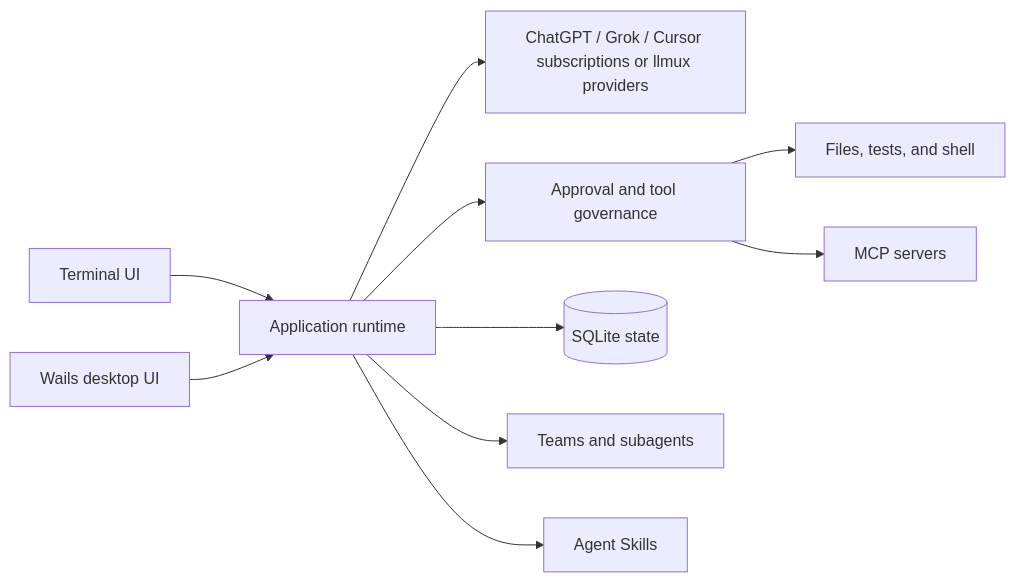
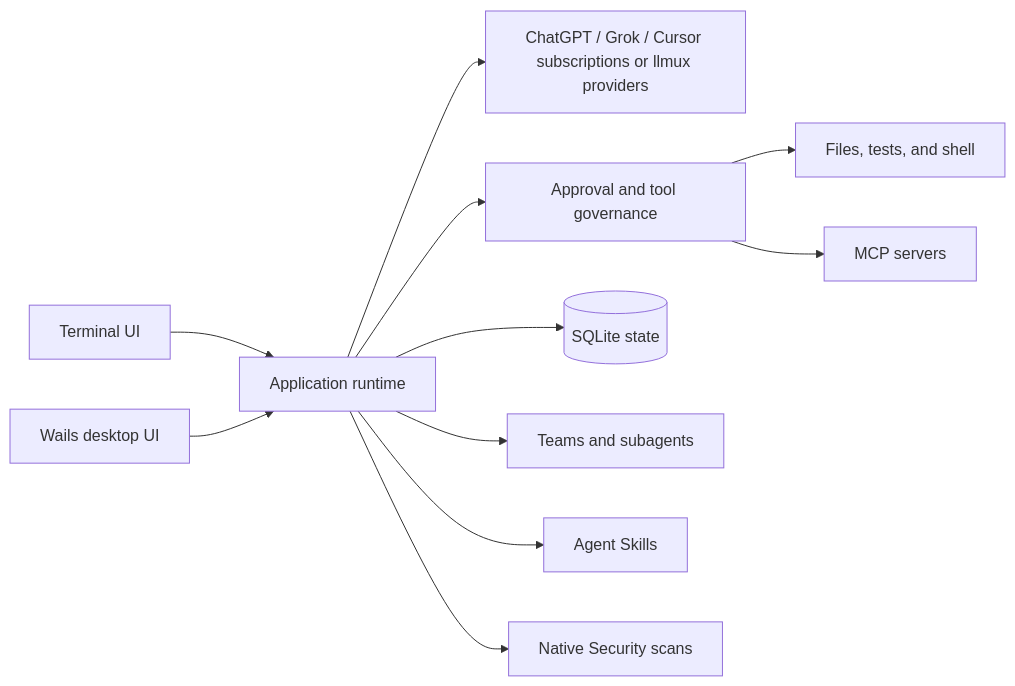
Before and after one commit to Viking602/azem: the diagram in README.md, drawn with Mermaid. The commit also changed other lines of this file and 414 other files, not shown here.

````diff
--- a/README.md
+++ b/README.md
@@ -185,12 +193,13 @@
 ```mermaid
 flowchart LR
     U[Terminal UI] --> A[Application runtime]
     D[Wails desktop UI] --> A
     A --> P[ChatGPT / Grok / Cursor subscriptions or llmux providers]
     A --> G[Approval and tool governance]
     G --> T[Files, tests, and shell]
     G --> M[MCP servers]
     A --> S[(SQLite state)]
     A --> C[Teams and subagents]
     A --> K[Agent Skills]
+    A --> Q[Native Security scans]
 ```
````
